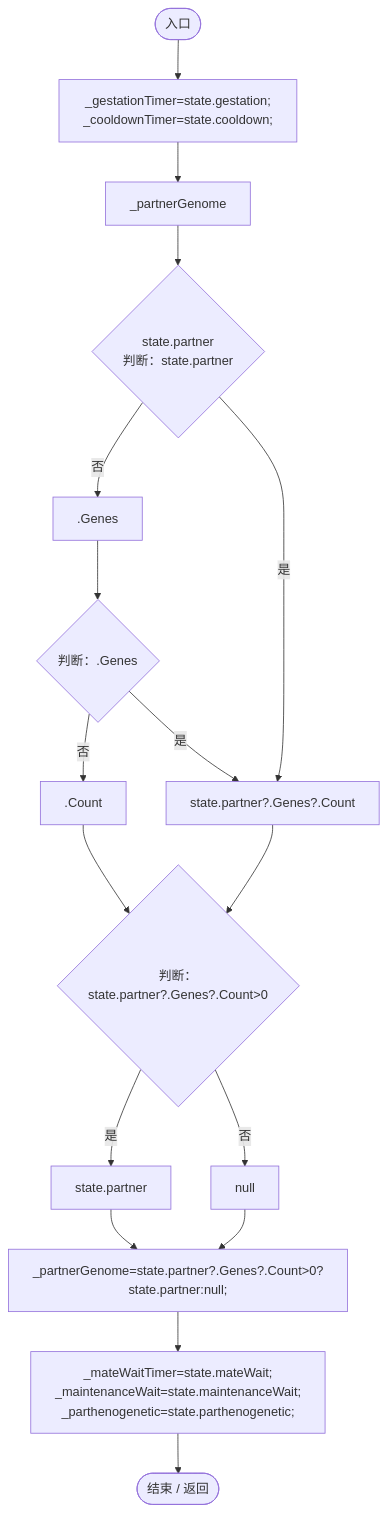
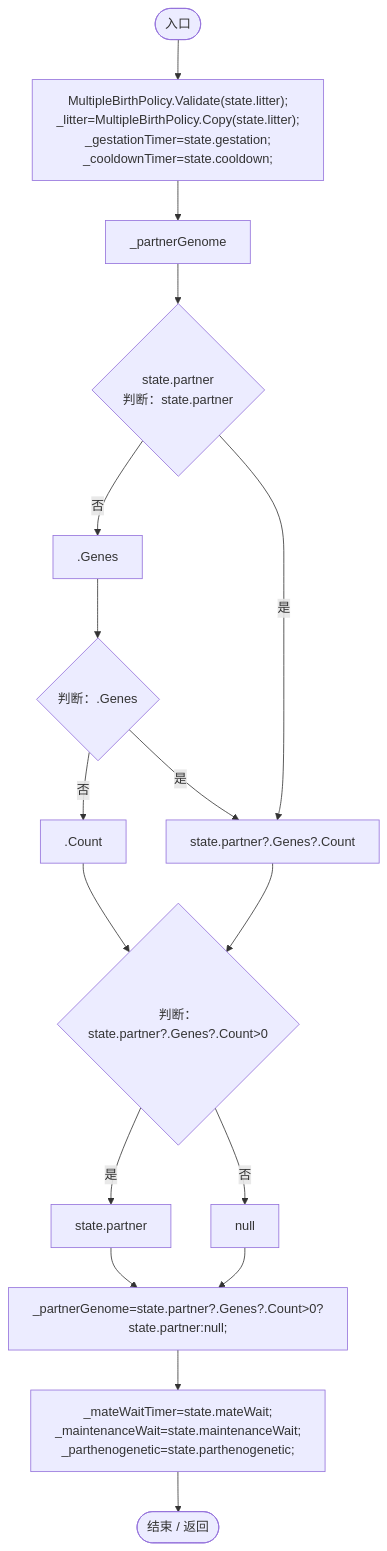
The third of 16 diagrams in Docs/运行流程图/脚本/ac319ea70bd8b723.md (xhs6666/Darwin_paradise), drawn with Mermaid before and after one commit. The commit also changed other lines of this file and 227 other files, not shown here.

````diff
--- a/Docs/运行流程图/脚本/ac319ea70bd8b723.md
+++ b/Docs/运行流程图/脚本/ac319ea70bd8b723.md
@@ -63,34 +67,34 @@
 ```mermaid
 flowchart TD
   b0(["入口"])
-  b1["_gestationTimer=state.gestation;<br/>_cooldownTimer=state.cooldown;"]
+  b1["MultipleBirthPolicy.Validate(state.litter);<br/>_litter=MultipleBirthPolicy.Copy(state.litter);<br/>_gestationTimer=state.gestation;<br/>_cooldownTimer=state.cooldown;"]
   b2["_partnerGenome"]
   b3{"state.partner<br/>判断：state.partner"}
   b4[".Genes"]
   b5{"判断：.Genes"}
   b6[".Count"]
   b7["state.partner?.Genes?.Count"]
   b8{"判断：state.partner?.Genes?.Count&gt;0"}
   b9["state.partner"]
   b10["null"]
   b11["_partnerGenome=state.partner?.Genes?.Count&gt;0?state.partner:null;"]
   b12["_mateWaitTimer=state.mateWait;<br/>_maintenanceWait=state.maintenanceWait;<br/>_parthenogenetic=state.parthenogenetic;"]
   b13(["结束 / 返回"])
   b0 --> b1
   b1 --> b2
   b2 --> b3
   b3 -->|"否"| b4
   b3 -->|"是"| b7
   b4 --> b5
   b5 -->|"否"| b6
   b5 -->|"是"| b7
   b6 --> b8
   b7 --> b8
   b8 -->|"是"| b9
   b8 -->|"否"| b10
   b9 --> b11
   b10 --> b11
   b11 --> b12
   b12 --> b13
 
 ```
````
